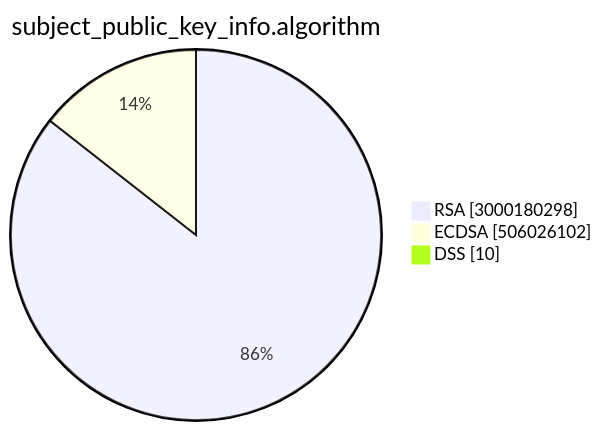
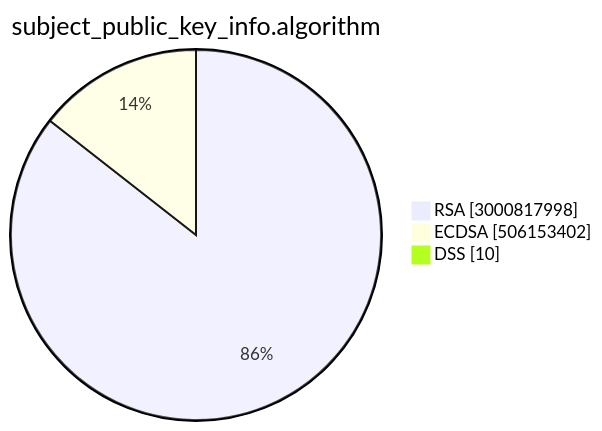
One commit to christiankrug/ctmonitor_visualization changed the second of 15 diagrams in TOTAL/README.md. Above: the diagram before and after it, drawn with Mermaid. The commit also changed other lines of this file, not shown here.

````diff
--- a/TOTAL/README.md
+++ b/TOTAL/README.md
@@ -6,7 +6,7 @@
 ```mermaid
 pie showData
 title subject_public_key_info.algorithm
-"RSA" :3000180298
-"ECDSA" :506026102
+"RSA" :3000817998
+"ECDSA" :506153402
 "DSS" :10
 ```
````
